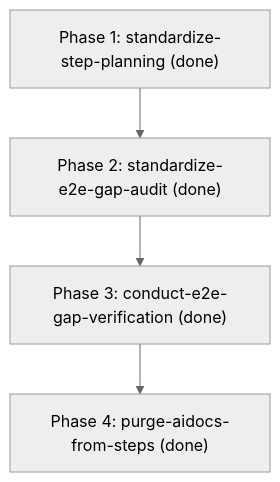
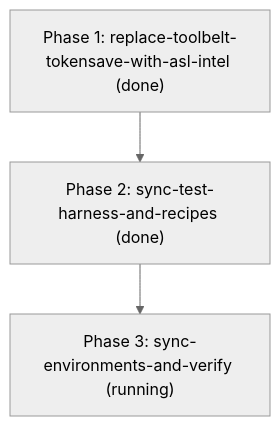
Before and after one commit to xilnick/project-constitution-protocol: the diagram in .plans/PHASES.md, drawn with Mermaid (neutral theme). The commit also changed other lines of this file and 25 other files, not shown here.

Commit message:
feat(toolbelt): replace tokensave with native asl-intel from aslang

````diff
--- a/.plans/PHASES.md
+++ b/.plans/PHASES.md
@@ -38,6 +31,5 @@
 ```mermaid
 graph TD
-    Phase1["Phase 1: standardize-step-planning (done)"] --> Phase2["Phase 2: standardize-e2e-gap-audit (done)"]
-    Phase2 --> Phase3["Phase 3: conduct-e2e-gap-verification (done)"]
-    Phase3 --> Phase4["Phase 4: purge-aidocs-from-steps (done)"]
+    Phase1["Phase 1: replace-toolbelt-tokensave-with-asl-intel (done)"] --> Phase2["Phase 2: sync-test-harness-and-recipes (done)"]
+    Phase2 --> Phase3["Phase 3: sync-environments-and-verify (running)"]
 ```
````
